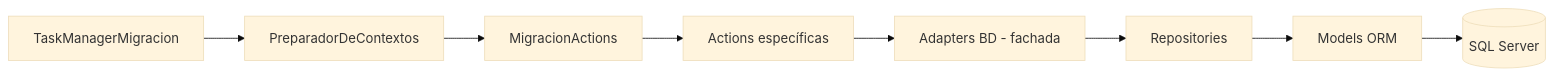
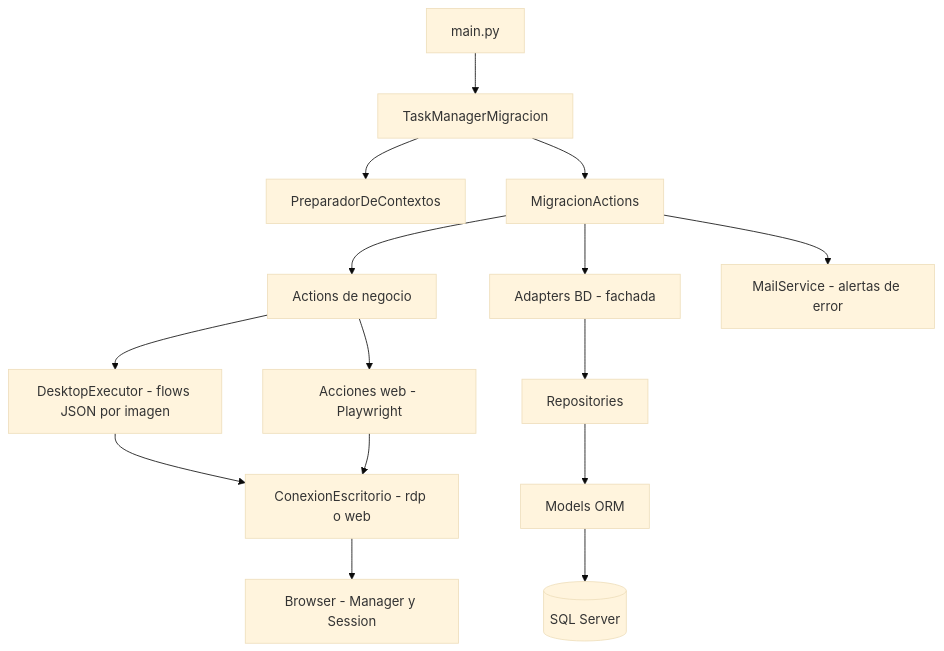
Before and after one commit to JA-Guevara/RPA-Proceso_Automatizado_Migraciones: the first of 5 diagrams in README.md, drawn with Mermaid (base theme). The commit also changed other lines of this file and 2 other files, not shown here.

````diff
--- a/README.md
+++ b/README.md
@@ -40,10 +41,20 @@
 ```mermaid
-flowchart LR
-    TM[TaskManagerMigracion] --> PC[PreparadorDeContextos]
-    PC --> MA[MigracionActions]
-    MA --> AC[Actions específicas]
-    AC --> AD[Adapters BD - fachada]
+flowchart TB
+    M[main.py] --> TM[TaskManagerMigracion]
+    TM --> PC[PreparadorDeContextos]
+    TM --> MA[MigracionActions]
+    MA --> ACT[Actions de negocio]
+    ACT --> EXE[DesktopExecutor - flows JSON por imagen]
+    ACT --> WEBP[Acciones web - Playwright]
+
+    EXE --> RD[ConexionEscritorio - rdp o web]
+    WEBP --> RD
+    RD --> BR[Browser - Manager y Session]
+
+    MA --> AD[Adapters BD - fachada]
     AD --> RP[Repositories]
     RP --> MO[Models ORM]
     MO --> DB[(SQL Server)]
+
+    MA --> SV[MailService - alertas de error]
 ```
````
